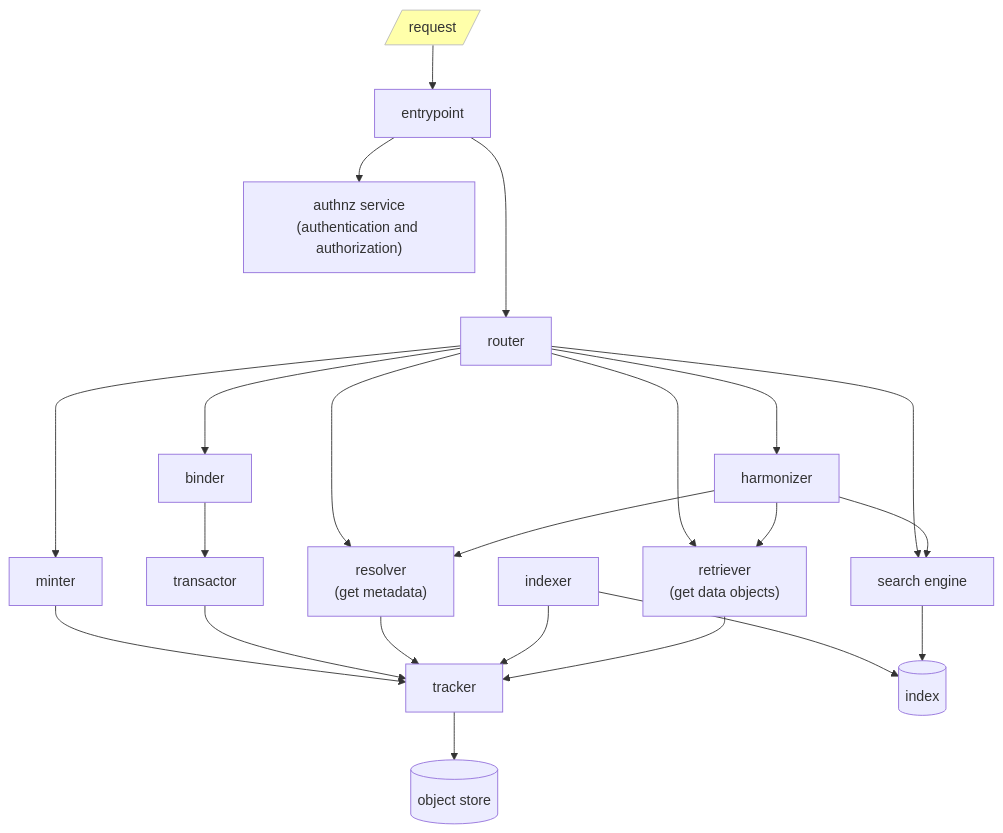
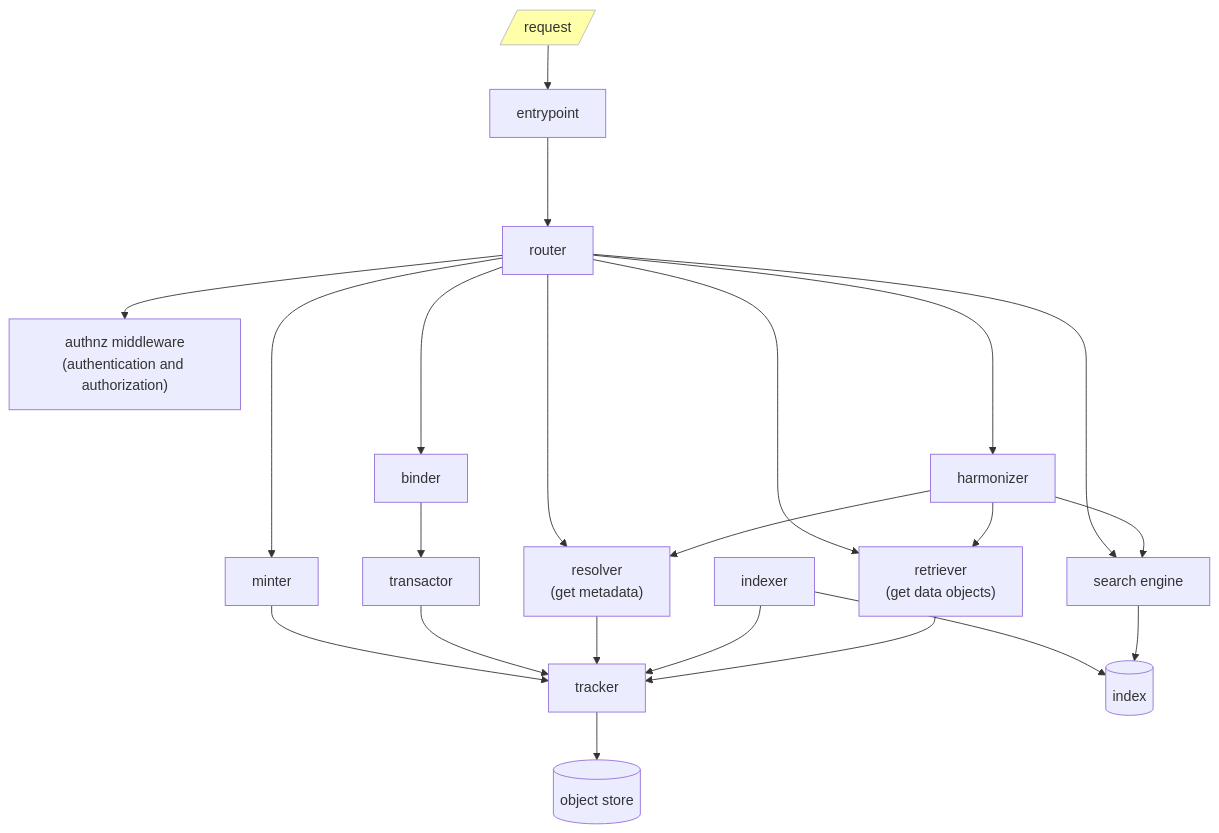
Before and after one commit to polyneme/fair-enabling-services: the diagram in docs/service_architecture_flow_diagram.md, drawn with Mermaid.

Commit message:
attach authzn middleware to router

````diff
--- a/docs/service_architecture_flow_diagram.md
+++ b/docs/service_architecture_flow_diagram.md
@@ -1,65 +1,65 @@
 ```mermaid
 flowchart TD
     %% b1[("(data)base")]
     %% d1{decision}    
     %% m1[\manual step/]
     %% o1[/"(input/output) object"/]
     %% p1[[predefined step]]
     %% s1["(process) step"]
     %% t1(["terminator (process start/end)"])       
     classDef literal fill:#dff;,stroke:#bbb
     classDef user fill:#ffa;,stroke:#bbb
 
     s_minter[minter]
     s_tracker[tracker]
     s_transact[transactor]
     s_indexer[indexer]
     s_resolver["resolver\n(get metadata)"]
     s_retriever["retriever\n(get data objects)"]
     s_harmonizer[harmonizer]
     s_binder[binder]
     b_index[(index)]
     b_object_store[("object store")]
     s_seng["search engine"]
-    s_authnz["authnz service\n(authentication and authorization)"]
+    s_authnz["authnz middleware\n(authentication and authorization)"]
     o_request[/request/]:::user
     s_entrypoint[entrypoint]
     s_router[router]
 
     %%  edge authnz + routing
     o_request-->s_entrypoint
-    s_entrypoint-->s_authnz
     s_entrypoint--->s_router
+    s_router-->s_authnz
     
     %% minting
     s_router--->s_minter  
     s_minter-->s_tracker
     s_tracker-->b_object_store
 
     %% binding
     s_router--->s_binder
     s_binder-->s_transact
     s_transact-->s_tracker
 
     %% resolving
     s_router--->s_resolver
     s_resolver-->s_tracker
 
     %% indexing
     s_indexer-->s_tracker
     s_indexer-->b_index      
 
     %% search
     s_router--->s_seng
     s_seng-->b_index
 
     %% retrieving
     s_router--->s_retriever
     s_retriever-->s_tracker
 
     %% harmonizing
     s_router--->s_harmonizer
     s_harmonizer-->s_seng
     s_harmonizer-->s_resolver
     s_harmonizer-->s_retriever
 ```  
````
